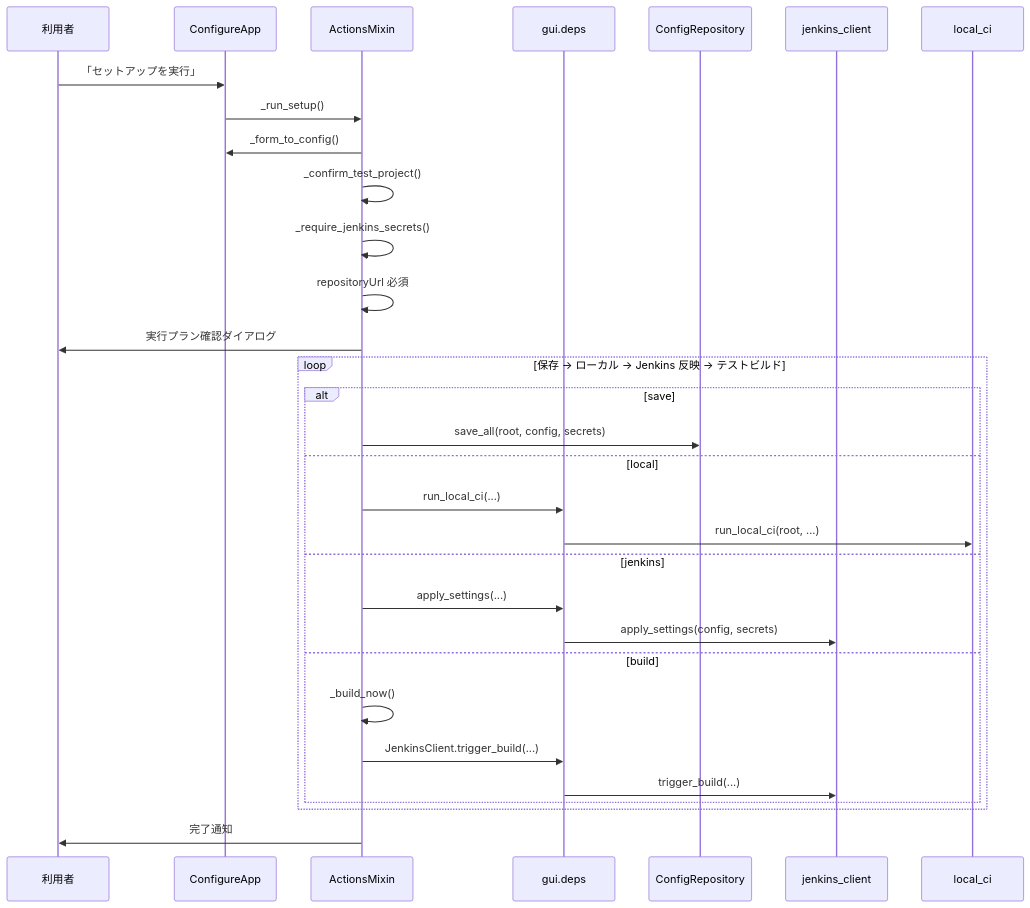
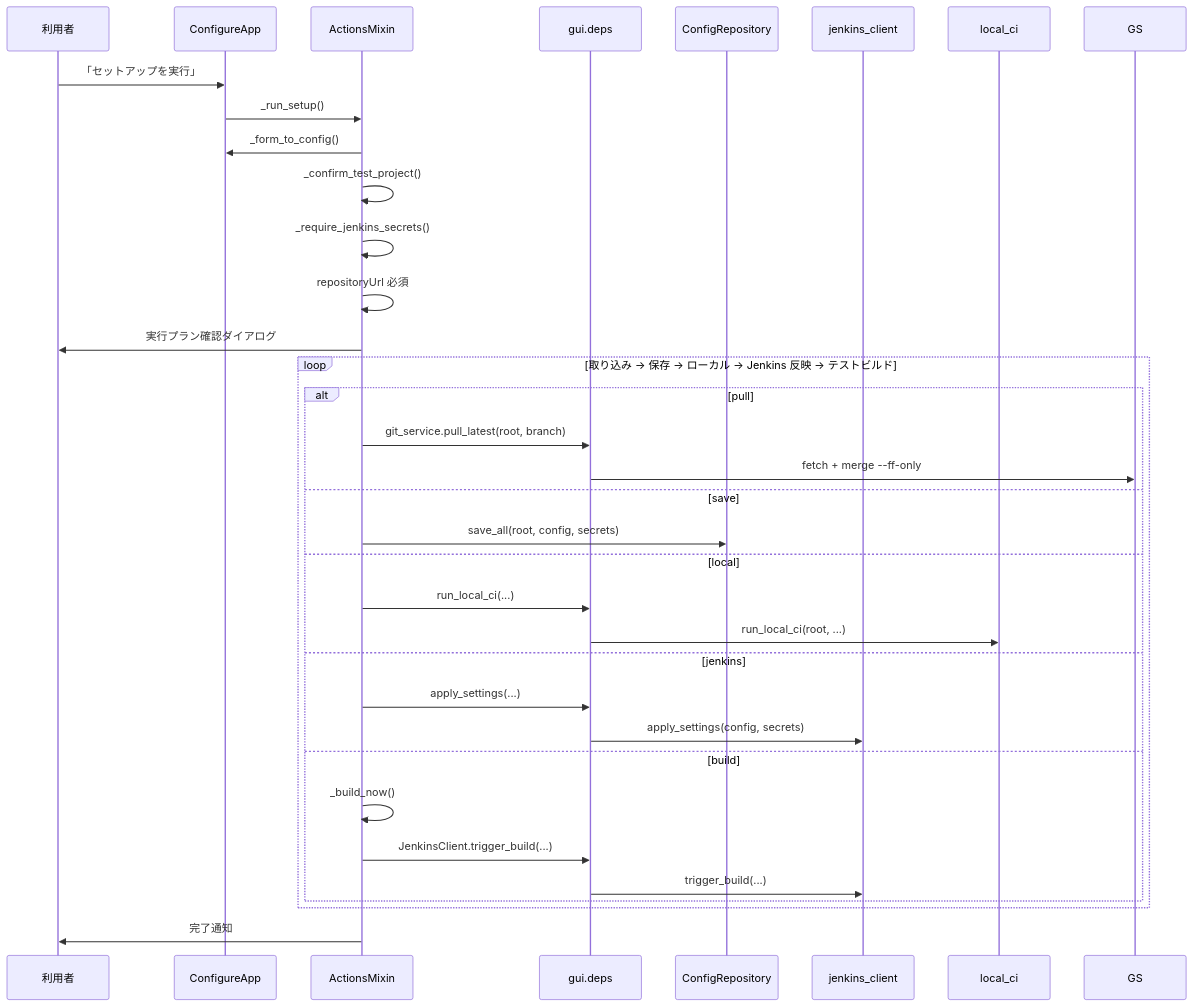
Before and after one commit to gt-ynakamatsu/ci-setup-tool: the eighth of 12 diagrams in docs/DESIGN.md, drawn with Mermaid. The commit also changed other lines of this file and 13 other files, not shown here.

First line of the commit message:
Pull the latest code before building and testing.

````diff
--- a/docs/DESIGN.md
+++ b/docs/DESIGN.md
@@ -850,34 +859,37 @@
 ```mermaid
 sequenceDiagram
     participant U as 利用者
     participant App as ConfigureApp
     participant Ops as ActionsMixin
     participant Deps as gui.deps
     participant Repo as ConfigRepository
     participant JC as jenkins_client
     participant LC as local_ci
 
     U->>App: 「セットアップを実行」
     App->>Ops: _run_setup()
     Ops->>App: _form_to_config()
     Ops->>Ops: _confirm_test_project()
     Ops->>Ops: _require_jenkins_secrets()
     Ops->>Ops: repositoryUrl 必須
     Ops->>U: 実行プラン確認ダイアログ
-    loop 保存 → ローカル → Jenkins 反映 → テストビルド
-        alt save
+    loop 取り込み → 保存 → ローカル → Jenkins 反映 → テストビルド
+        alt pull
+            Ops->>Deps: git_service.pull_latest(root, branch)
+            Deps->>GS: fetch + merge --ff-only
+        else save
             Ops->>Repo: save_all(root, config, secrets)
         else local
             Ops->>Deps: run_local_ci(...)
             Deps->>LC: run_local_ci(root, ...)
         else jenkins
             Ops->>Deps: apply_settings(...)
             Deps->>JC: apply_settings(config, secrets)
         else build
             Ops->>Ops: _build_now()
             Ops->>Deps: JenkinsClient.trigger_build(...)
             Deps->>JC: trigger_build(...)
         end
     end
     Ops->>U: 完了通知
 ```
````
